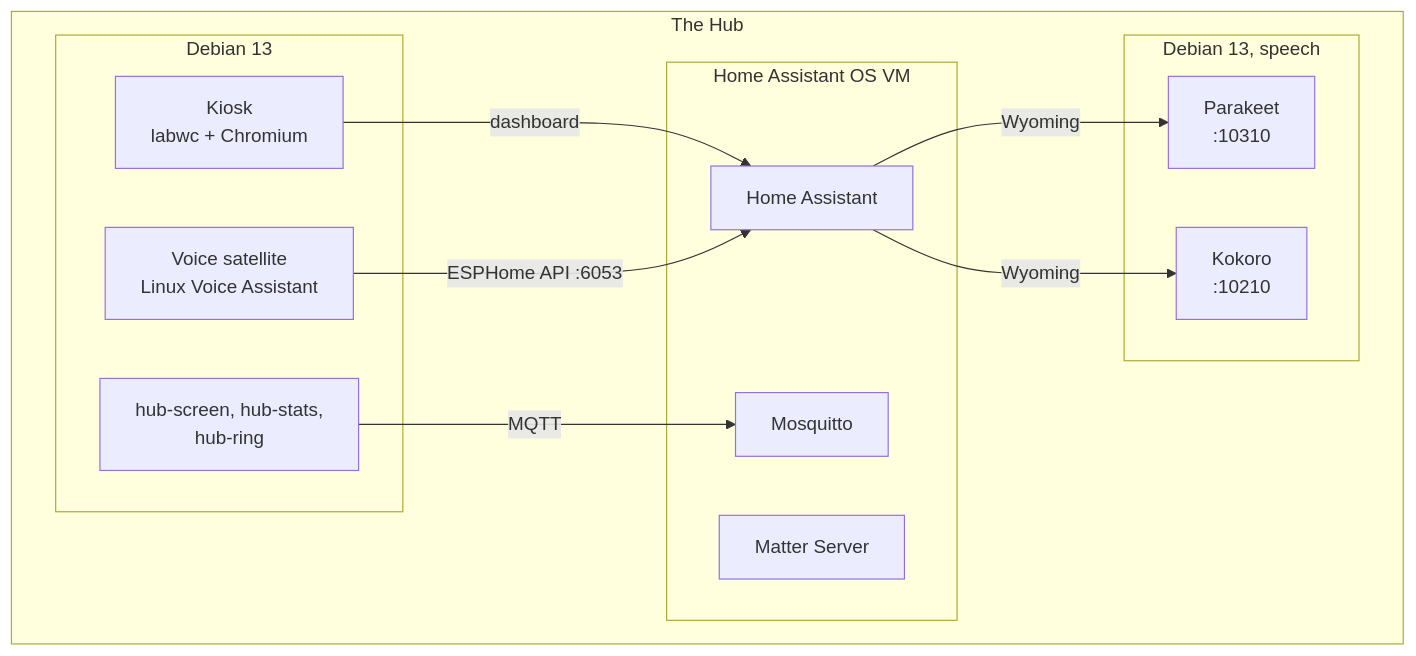
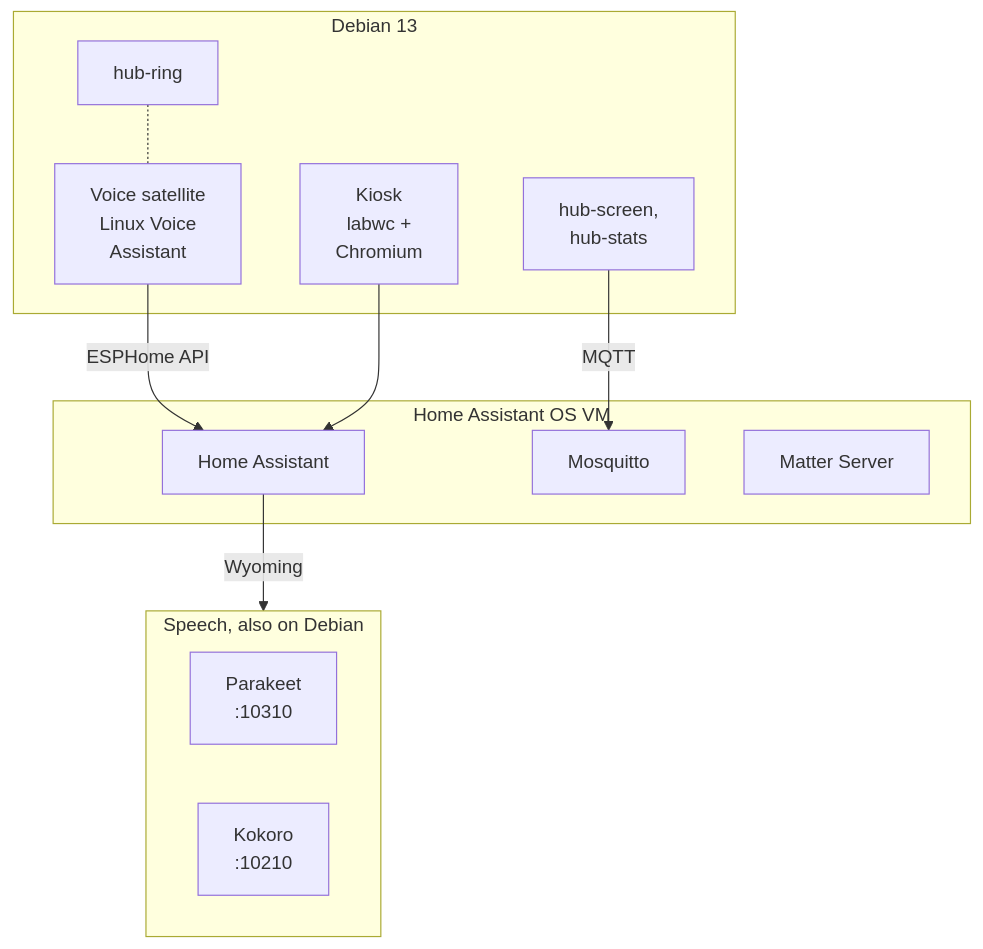
One commit to SettlingAbyss96/fosters-home-hub changed the first of 3 diagrams in docs/architecture.md. Above: the diagram before and after it, drawn with Mermaid. The commit also changed other lines of this file and 4 other files, not shown here.

First line of the commit message:
Flowcharts: no overlapping labels, nothing under GitHub's zoom buttons

````diff
--- a/docs/architecture.md
+++ b/docs/architecture.md
@@ -15,25 +15,27 @@
 ```mermaid
-flowchart LR
-    subgraph Hub[The Hub]
-        direction LR
-        subgraph D[Debian 13]
-            K[Kiosk<br/>labwc + Chromium]
-            V[Voice satellite<br/>Linux Voice Assistant]
-            X[hub-screen, hub-stats,<br/>hub-ring]
-        end
-        subgraph VM[Home Assistant OS VM]
-            HA[Home Assistant]
-            MQ[Mosquitto]
-            MS[Matter Server]
-        end
-        subgraph S[Debian 13, speech]
-            P[Parakeet<br/>:10310]
-            Ko[Kokoro<br/>:10210]
-        end
+---
+config:
+  themeCSS: ".edgeLabel, .edgeLabel p, .labelBkg { background-color: var(--bgColor-default) !important } .edgeLabel rect { opacity: 1 !important; fill: var(--bgColor-default) !important }"
+---
+flowchart TD
+    subgraph D[Debian 13]
+        V[Voice satellite<br/>Linux Voice<br/>Assistant]
+        R[hub-ring]
+        K[Kiosk<br/>labwc +<br/>Chromium]
+        X[hub-screen,<br/>hub-stats]
     end
-    K -->|dashboard| HA
-    V -->|ESPHome API :6053| HA
+    subgraph VM[Home Assistant OS VM]
+        HA[Home Assistant]
+        MQ[Mosquitto]
+        MS[Matter Server]
+    end
+    subgraph S[Speech, also on Debian]
+        P[Parakeet<br/>:10310]
+        Ko[Kokoro<br/>:10210]
+    end
+    R -.- V
+    V -->|ESPHome API| HA
+    K --> HA
     X -->|MQTT| MQ
-    HA -->|Wyoming| P
-    HA -->|Wyoming| Ko
+    HA -->|Wyoming| S
 ```
````
